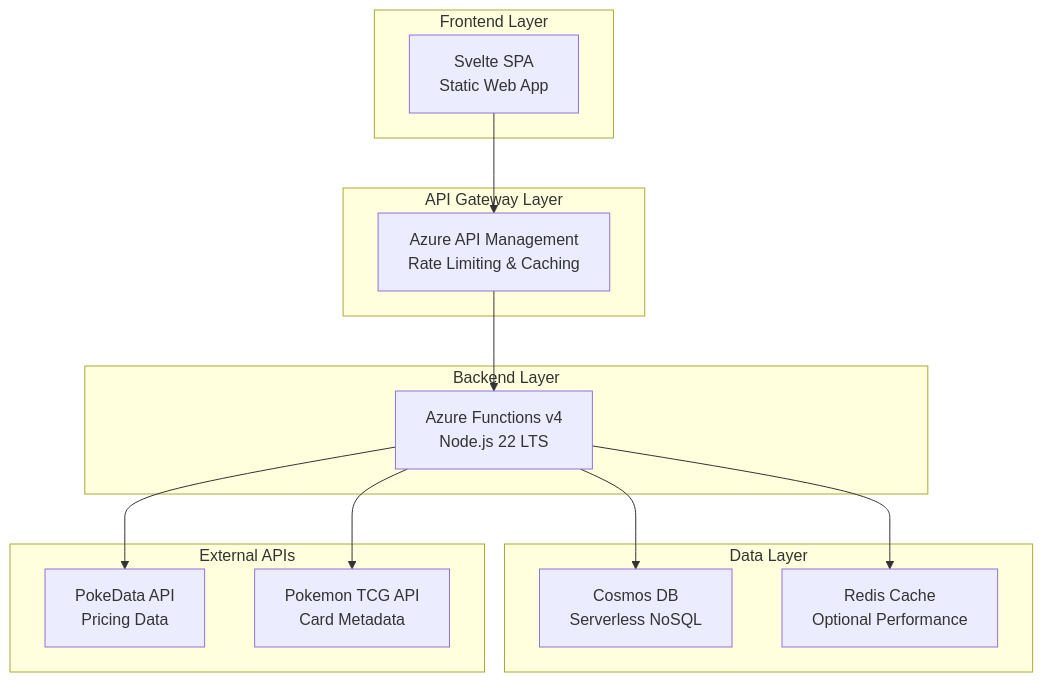
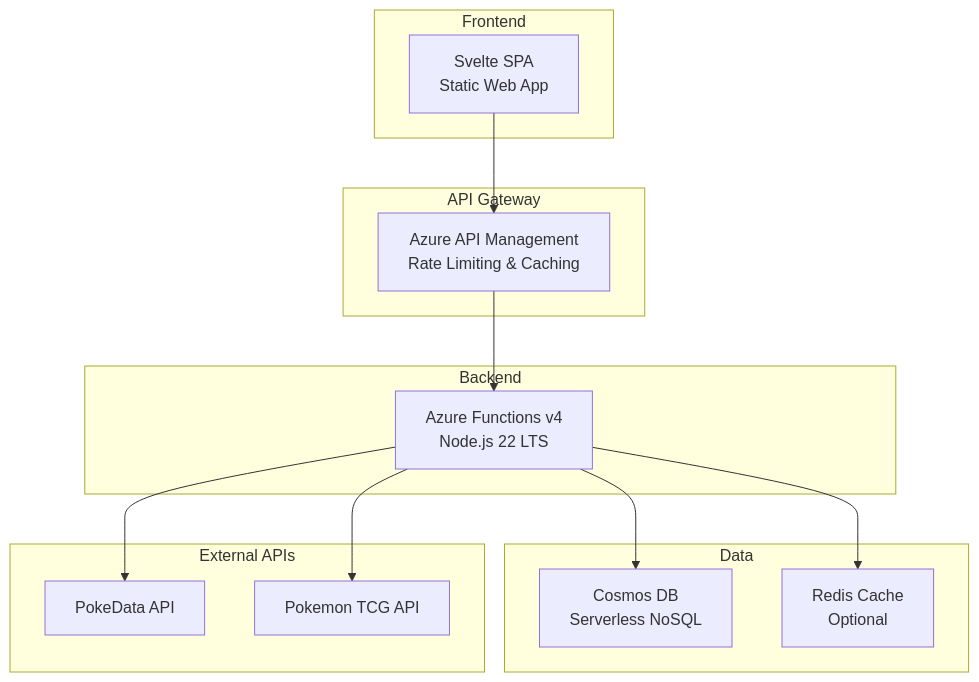
Before and after one commit to Abernaughty/PCPC: the diagram in README.md, drawn with Mermaid. The commit also changed other lines of this file, not shown here.

````diff
--- a/README.md
+++ b/README.md
@@ -73,31 +35,26 @@
 ```mermaid
 graph TB
-    subgraph "Frontend Layer"
+    subgraph "Frontend"
         SPA[Svelte SPA<br/>Static Web App]
     end
-
-    subgraph "API Gateway Layer"
+    subgraph "API Gateway"
         APIM[Azure API Management<br/>Rate Limiting & Caching]
     end
-
-    subgraph "Backend Layer"
+    subgraph "Backend"
         AF[Azure Functions v4<br/>Node.js 22 LTS]
     end
-
-    subgraph "Data Layer"
+    subgraph "Data"
         COSMOS[Cosmos DB<br/>Serverless NoSQL]
-        REDIS[Redis Cache<br/>Optional Performance]
+        REDIS[Redis Cache<br/>Optional]
     end
-
     subgraph "External APIs"
-        POKEDATA[PokeData API<br/>Pricing Data]
-        POKEMONTCG[Pokemon TCG API<br/>Card Metadata]
+        POKEDATA[PokeData API]
+        POKEMONTCG[Pokemon TCG API]
     end
-
     SPA --> APIM
     APIM --> AF
     AF --> COSMOS
     AF --> REDIS
     AF --> POKEDATA
     AF --> POKEMONTCG
 ```
````
